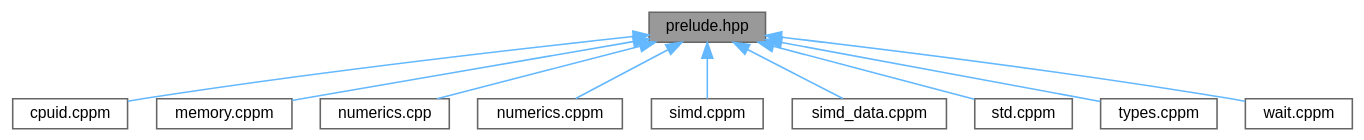
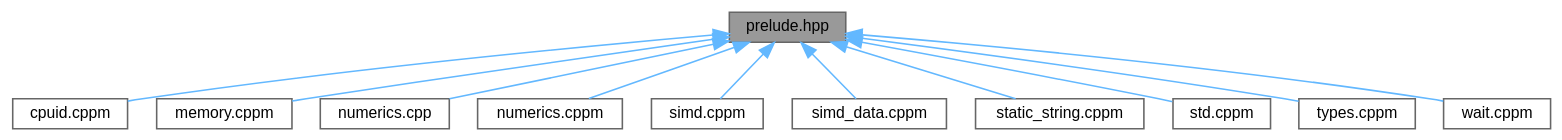
Before and after one commit to ekmett/ein: the diagram in prelude_8hpp__dep__incl.dot, drawn with Graphviz. The commit also changed 224 other files, not shown here.

```diff
--- a/prelude_8hpp__dep__incl.dot
+++ b/prelude_8hpp__dep__incl.dot
@@ -1,27 +1,29 @@
 digraph "prelude.hpp"
 {
  // INTERACTIVE_SVG=YES
  // LATEX_PDF_SIZE
   bgcolor="transparent";
   edge [fontname=Helvetica,fontsize=10,labelfontname=Helvetica,labelfontsize=10];
   node [fontname=Helvetica,fontsize=10,shape=box,height=0.2,width=0.4];
-  Node1 [id="Node000001",label="prelude.hpp",height=0.2,width=0.4,color="gray40", fillcolor="grey60", style="filled", fontcolor="black",tooltip="All c++ headers."];
+  Node1 [id="Node000001",label="prelude.hpp",height=0.2,width=0.4,color="gray40", fillcolor="grey60", style="filled", fontcolor="black",tooltip=" "];
   Node1 -> Node2 [id="edge1_Node000001_Node000002",dir="back",color="steelblue1",style="solid",tooltip=" "];
   Node2 [id="Node000002",label="cpuid.cppm",height=0.2,width=0.4,color="grey40", fillcolor="white", style="filled",URL="$cpuid_8cppm.html",tooltip=" "];
   Node1 -> Node3 [id="edge2_Node000001_Node000003",dir="back",color="steelblue1",style="solid",tooltip=" "];
   Node3 [id="Node000003",label="memory.cppm",height=0.2,width=0.4,color="grey40", fillcolor="white", style="filled",URL="$memory_8cppm.html",tooltip=" "];
   Node1 -> Node4 [id="edge3_Node000001_Node000004",dir="back",color="steelblue1",style="solid",tooltip=" "];
   Node4 [id="Node000004",label="numerics.cpp",height=0.2,width=0.4,color="grey40", fillcolor="white", style="filled",URL="$numerics_8cpp.html",tooltip="numerics external template instantiations"];
   Node1 -> Node5 [id="edge4_Node000001_Node000005",dir="back",color="steelblue1",style="solid",tooltip=" "];
   Node5 [id="Node000005",label="numerics.cppm",height=0.2,width=0.4,color="grey40", fillcolor="white", style="filled",URL="$numerics_8cppm.html",tooltip=" "];
   Node1 -> Node6 [id="edge5_Node000001_Node000006",dir="back",color="steelblue1",style="solid",tooltip=" "];
   Node6 [id="Node000006",label="simd.cppm",height=0.2,width=0.4,color="grey40", fillcolor="white", style="filled",URL="$simd_8cppm.html",tooltip=" "];
   Node1 -> Node7 [id="edge6_Node000001_Node000007",dir="back",color="steelblue1",style="solid",tooltip=" "];
   Node7 [id="Node000007",label="simd_data.cppm",height=0.2,width=0.4,color="grey40", fillcolor="white", style="filled",URL="$simd__data_8cppm.html",tooltip=" "];
   Node1 -> Node8 [id="edge7_Node000001_Node000008",dir="back",color="steelblue1",style="solid",tooltip=" "];
-  Node8 [id="Node000008",label="std.cppm",height=0.2,width=0.4,color="grey40", fillcolor="white", style="filled",URL="$std_8cppm.html",tooltip="polyfill missing standard library functions"];
+  Node8 [id="Node000008",label="static_string.cppm",height=0.2,width=0.4,color="grey40", fillcolor="white", style="filled",URL="$static__string_8cppm.html",tooltip=" "];
   Node1 -> Node9 [id="edge8_Node000001_Node000009",dir="back",color="steelblue1",style="solid",tooltip=" "];
-  Node9 [id="Node000009",label="types.cppm",height=0.2,width=0.4,color="grey40", fillcolor="white", style="filled",URL="$types_8cppm.html",tooltip=" "];
+  Node9 [id="Node000009",label="std.cppm",height=0.2,width=0.4,color="grey40", fillcolor="white", style="filled",URL="$std_8cppm.html",tooltip="polyfill missing standard library functions"];
   Node1 -> Node10 [id="edge9_Node000001_Node000010",dir="back",color="steelblue1",style="solid",tooltip=" "];
-  Node10 [id="Node000010",label="wait.cppm",height=0.2,width=0.4,color="grey40", fillcolor="white", style="filled",URL="$wait_8cppm.html",tooltip="waiting strategies"];
+  Node10 [id="Node000010",label="types.cppm",height=0.2,width=0.4,color="grey40", fillcolor="white", style="filled",URL="$types_8cppm.html",tooltip=" "];
+  Node1 -> Node11 [id="edge10_Node000001_Node000011",dir="back",color="steelblue1",style="solid",tooltip=" "];
+  Node11 [id="Node000011",label="wait.cppm",height=0.2,width=0.4,color="grey40", fillcolor="white", style="filled",URL="$wait_8cppm.html",tooltip="waiting strategies"];
 }
```
